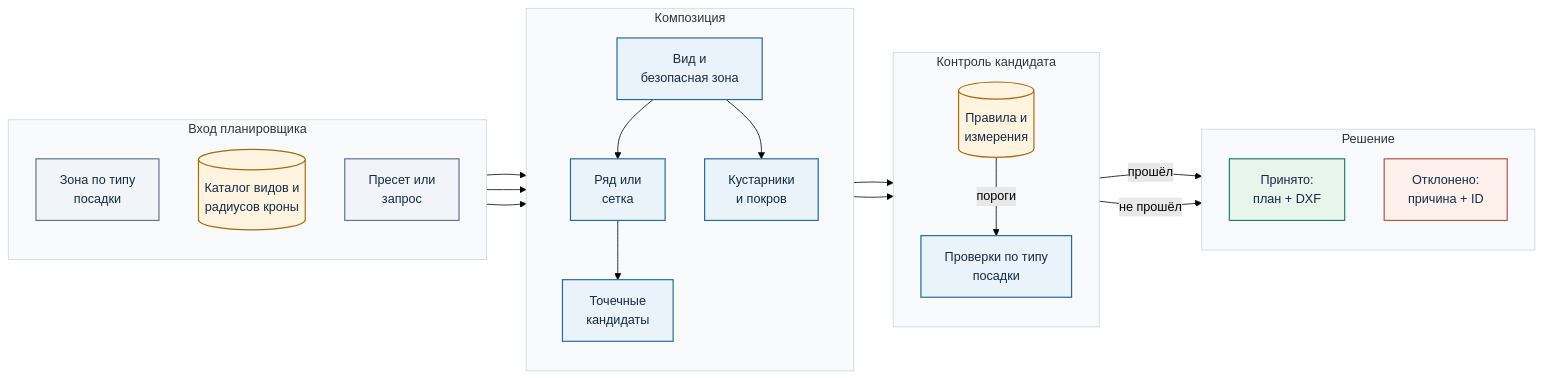
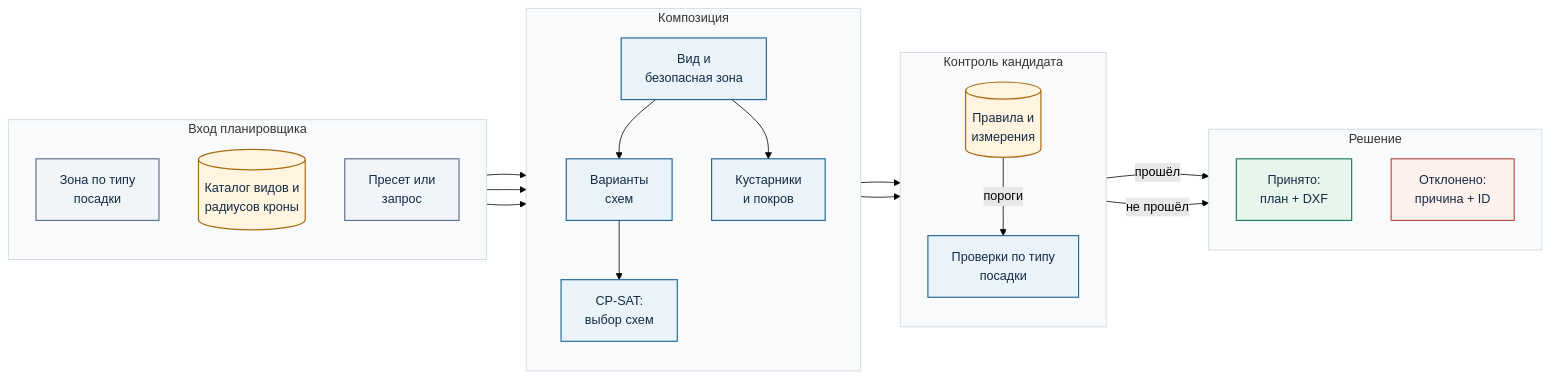
The fifth of 6 diagrams in docs/for_organizers.md (Postman33/GreenAI), drawn with Mermaid (forest theme) before and after one commit. The commit also changed other lines of this file and 15 other files, not shown here.

````diff
--- a/docs/for_organizers.md
+++ b/docs/for_organizers.md
@@ -405,61 +407,61 @@
 ```mermaid
 %% diagram:planting_algorithm
 flowchart LR
     subgraph input["Вход планировщика"]
         direction TB
         zone["Зона по типу<br/>посадки"]
         catalog[("Каталог видов и<br/>радиусов кроны")]
         request["Пресет или<br/>запрос"]
     end
     subgraph design["Композиция"]
         direction TB
         species["Вид и<br/>безопасная зона"]
-        layout["Ряд или<br/>сетка"]
-        point["Точечные<br/>кандидаты"]
+        layout["Варианты<br/>схем"]
+        point["CP-SAT:<br/>выбор схем"]
         area["Кустарники<br/>и покров"]
     end
     subgraph check["Контроль кандидата"]
         direction TB
         checks["Проверки по типу<br/>посадки"]
         reasons[("Правила и<br/>измерения")]
     end
     subgraph out["Решение"]
         direction TB
         accepted["Принято:<br/>план + DXF"]
         rejected["Отклонено:<br/>причина + ID"]
     end
 
     zone --> species
     catalog --> species
     request --> species
     species --> layout
     layout --> point
     species --> area
     point --> checks
     area --> checks
     checks -->|прошёл| accepted
     checks -->|не прошёл| rejected
     reasons -->|пороги| checks
 
     classDef source fill:#f1f5f9,stroke:#64748b,stroke-width:1.5px,color:#142b43
     classDef process fill:#eaf3fa,stroke:#256b9a,stroke-width:1.5px,color:#142b43
     classDef model fill:#f1ecfa,stroke:#7657a5,stroke-width:1.5px,color:#142b43
     classDef data fill:#fff4df,stroke:#a66b13,stroke-width:1.5px,color:#142b43
     classDef output fill:#e7f5ed,stroke:#23805a,stroke-width:1.5px,color:#142b43
     classDef warning fill:#fdf0ed,stroke:#b45346,stroke-width:1.5px,color:#142b43
     class zone source
     class catalog data
     class request source
     class species process
     class layout process
     class point process
     class area process
     class checks process
     class reasons data
     class accepted output
     class rejected warning
     style input fill:#f8fafc,stroke:#cbd5e1,stroke-width:1px
     style design fill:#f8fafc,stroke:#cbd5e1,stroke-width:1px
     style check fill:#f8fafc,stroke:#cbd5e1,stroke-width:1px
     style out fill:#f8fafc,stroke:#cbd5e1,stroke-width:1px
 ```
````
